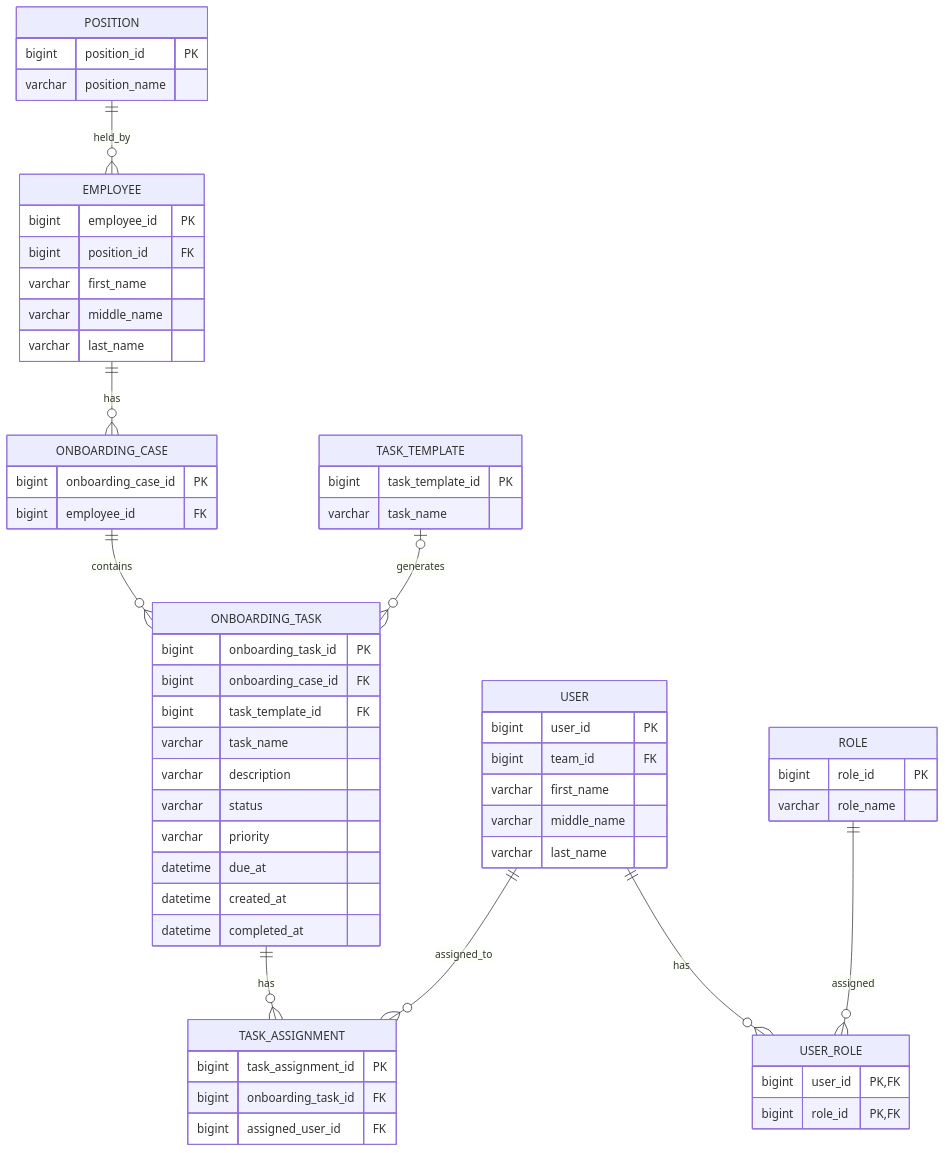
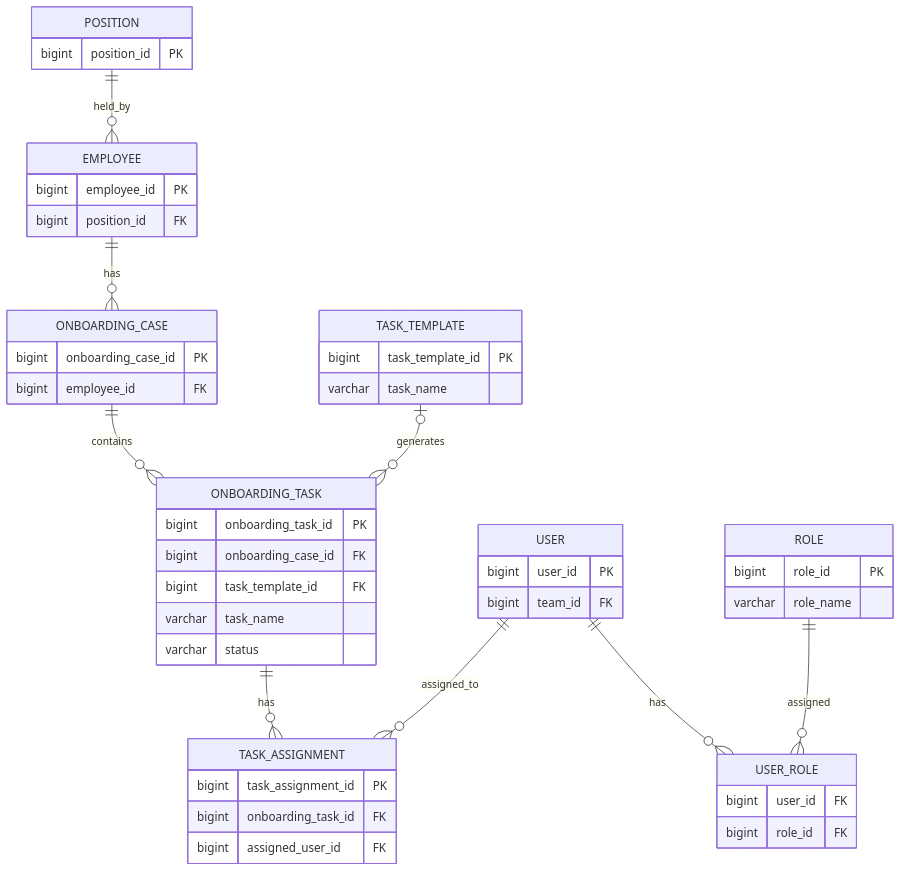
Before and after one commit to Huy1801214/HR: the seventh of 8 diagrams in docs/README.md, drawn with Mermaid. The commit also changed other lines of this file and 1 other file, not shown here.

Commit message:
add onboarding documentation with architectural diagrams and ERDs

````diff
--- a/docs/README.md
+++ b/docs/README.md
@@ -618,79 +537,60 @@
 ```mermaid
 erDiagram
 
     POSITION {
         bigint position_id PK
-        varchar position_name
     }
 
     EMPLOYEE {
         bigint employee_id PK
         bigint position_id FK
-        varchar first_name
-        varchar middle_name
-        varchar last_name
     }
 
     ONBOARDING_CASE {
         bigint onboarding_case_id PK
         bigint employee_id FK
     }
 
     TASK_TEMPLATE {
         bigint task_template_id PK
         varchar task_name
     }
 
     ONBOARDING_TASK {
         bigint onboarding_task_id PK
         bigint onboarding_case_id FK
         bigint task_template_id FK
         varchar task_name
-        varchar description
         varchar status
-        varchar priority
-        datetime due_at
-        datetime created_at
-        datetime completed_at
     }
 
     USER {
         bigint user_id PK
         bigint team_id FK
-        varchar first_name
-        varchar middle_name
-        varchar last_name
     }
 
     ROLE {
         bigint role_id PK
         varchar role_name
     }
 
     USER_ROLE {
-        bigint user_id PK, FK
-        bigint role_id PK, FK
+        bigint user_id FK
+        bigint role_id FK
     }
 
     TASK_ASSIGNMENT {
         bigint task_assignment_id PK
         bigint onboarding_task_id FK
         bigint assigned_user_id FK
     }
 
     POSITION ||--o{ EMPLOYEE : held_by
-
     EMPLOYEE ||--o{ ONBOARDING_CASE : has
-
     ONBOARDING_CASE ||--o{ ONBOARDING_TASK : contains
-
     TASK_TEMPLATE o|--o{ ONBOARDING_TASK : generates
-
     ONBOARDING_TASK ||--o{ TASK_ASSIGNMENT : has
-
     USER ||--o{ TASK_ASSIGNMENT : assigned_to
-
     USER ||--o{ USER_ROLE : has
-
     ROLE ||--o{ USER_ROLE : assigned
 ```
````
